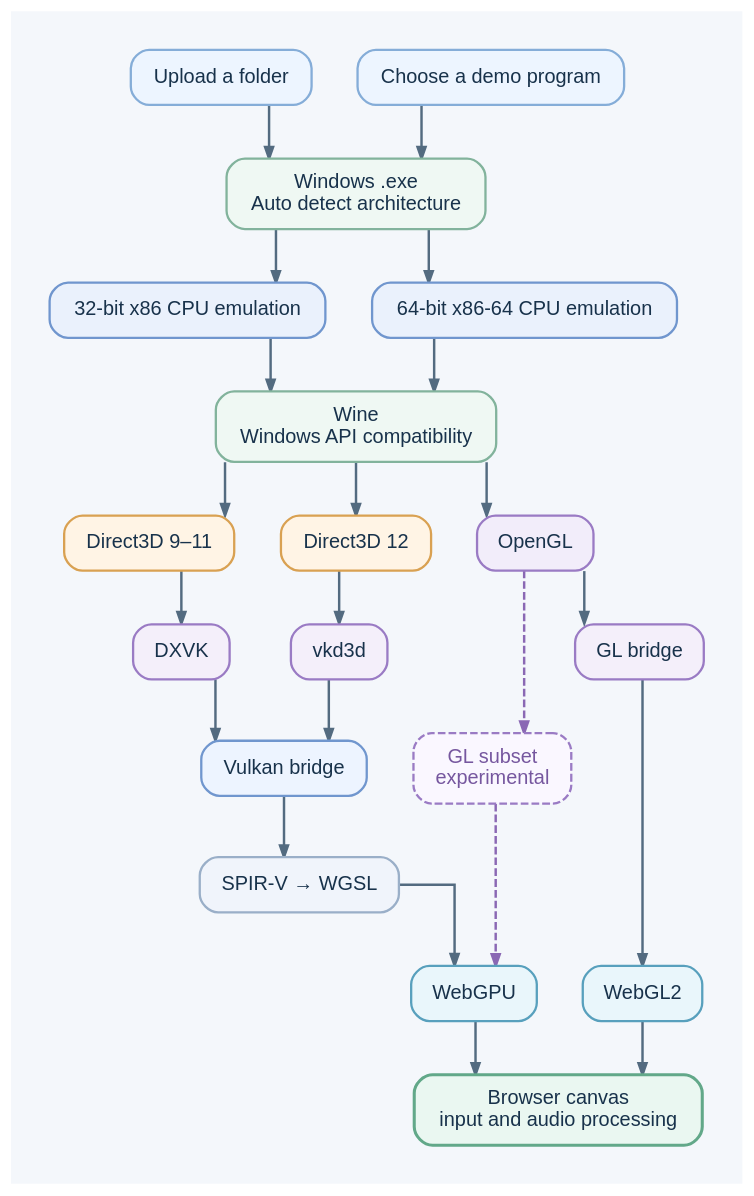
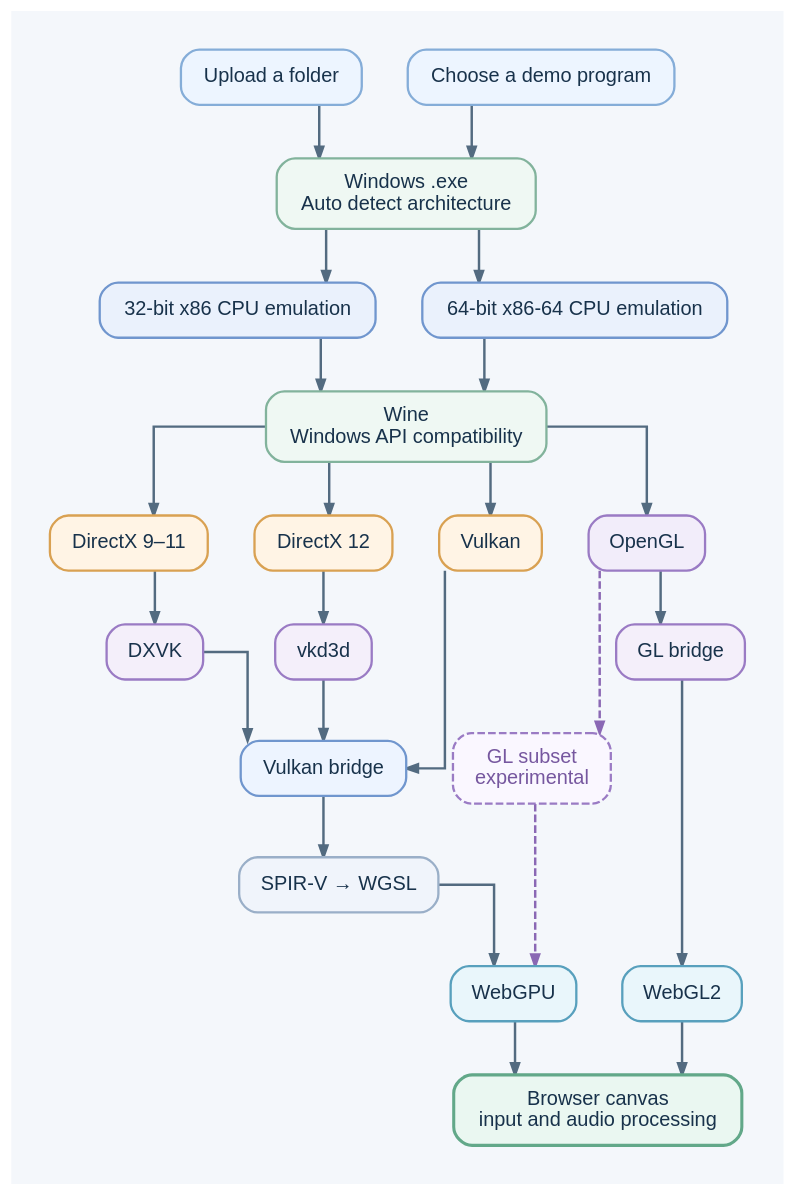
One commit to Kn0tzer/Winbox changed the diagram in docs/images/winbox-flowchart.dot. Above: the diagram before and after it, drawn with Graphviz. The commit also changed 1 other file, not shown here.

Commit message:
docs: add Vulkan graphics path to diagram

```diff
--- a/docs/images/winbox-flowchart.dot
+++ b/docs/images/winbox-flowchart.dot
@@ -1,78 +1,81 @@
 digraph Winbox {
   graph [
     fontname="Arial",
     bgcolor="#f4f7fb",
     pad=0.35,
     nodesep=0.42,
     ranksep=0.48,
     splines=ortho,
     outputorder=edgesfirst,
     newrank=true
   ];
 
   node [
     shape=box,
     style="rounded,filled",
     fontname="Arial",
     fontsize=13,
     fontcolor="#18324b",
     color="#b6c7d9",
     fillcolor="#ffffff",
     penwidth=1.5,
     margin="0.18,0.12"
   ];
 
   edge [
     color="#536b80",
     penwidth=1.6,
     arrowsize=0.75,
     arrowhead=normal
   ];
 
   folder [label="Upload a folder", fillcolor="#edf5ff", color="#85add8"];
   demo [label="Choose a demo program", fillcolor="#edf5ff", color="#85add8"];
   exe [label="Windows .exe\nAuto detect architecture", fillcolor="#eff8f3", color="#82b39c"];
 
   folder -> exe;
   demo -> exe;
   exe -> x86;
   exe -> x64;
 
   x86 [label="32-bit x86 CPU emulation", fillcolor="#eaf1fc", color="#7096ce"];
   x64 [label="64-bit x86-64 CPU emulation", fillcolor="#eaf1fc", color="#7096ce"];
   wine [label="Wine\nWindows API compatibility", fillcolor="#eff8f3", color="#82b39c"];
-  d3d [label="Direct3D 9–11", fillcolor="#fff4e5", color="#d9a152"];
-  d3d12 [label="Direct3D 12", fillcolor="#fff4e5", color="#d9a152"];
+  d3d [label="DirectX 9–11", fillcolor="#fff4e5", color="#d9a152"];
+  d3d12 [label="DirectX 12", fillcolor="#fff4e5", color="#d9a152"];
+  vulkan [label="Vulkan", fillcolor="#fff4e5", color="#d9a152"];
   gl [label="OpenGL", fillcolor="#f2edfa", color="#9a7bc4"];
   dxvk [label="DXVK", fillcolor="#f4effa", color="#9a7bc4"];
   vkd3d [label="vkd3d", fillcolor="#f4effa", color="#9a7bc4"];
   bridge [label="Vulkan bridge", fillcolor="#edf4ff", color="#7096ce"];
   shader [label="SPIR-V → WGSL", fillcolor="#f0f4fb", color="#9aafc8"];
   glbridge [label="GL bridge", fillcolor="#f4effa", color="#9a7bc4"];
   webgpu [label="WebGPU", fillcolor="#e9f6fb", color="#58a0bd"];
   webgl [label="WebGL2", fillcolor="#e9f6fb", color="#58a0bd"];
   glsubset [label="GL subset\nexperimental", style="rounded,dashed,filled", fillcolor="#faf7ff", color="#9a7bc4", fontcolor="#76579f"];
   player [label="Browser canvas\ninput and audio processing", fillcolor="#eaf7f1", color="#62a889", penwidth=2];
 
   x86 -> wine;
   x64 -> wine;
   wine -> d3d;
   wine -> d3d12;
+  wine -> vulkan;
   wine -> gl;
   d3d -> dxvk -> bridge;
   d3d12 -> vkd3d -> bridge;
+  vulkan -> bridge;
   bridge -> shader -> webgpu;
   gl -> glbridge -> webgl;
   gl -> glsubset [style=dashed, color="#8a68b4", fontcolor="#76579f"];
   glsubset -> webgpu [style=dashed, color="#8a68b4"];
   webgpu -> player;
   webgl -> player;
 
   { rank=same; folder; demo; }
   { rank=same; x86; x64; }
-  { rank=same; d3d; d3d12; gl; }
+  { rank=same; d3d; d3d12; vulkan; gl; }
   { rank=same; dxvk; vkd3d; glbridge; }
   { rank=same; bridge; glsubset; }
   { rank=same; shader; }
   { rank=same; webgpu; webgl; }
 }
```
